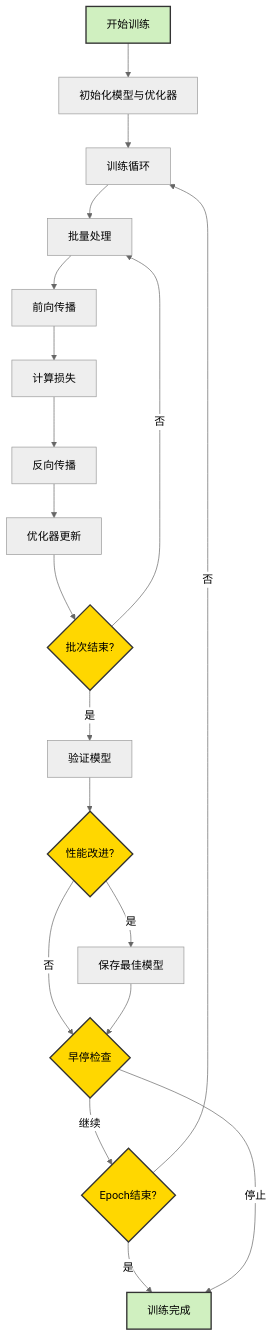
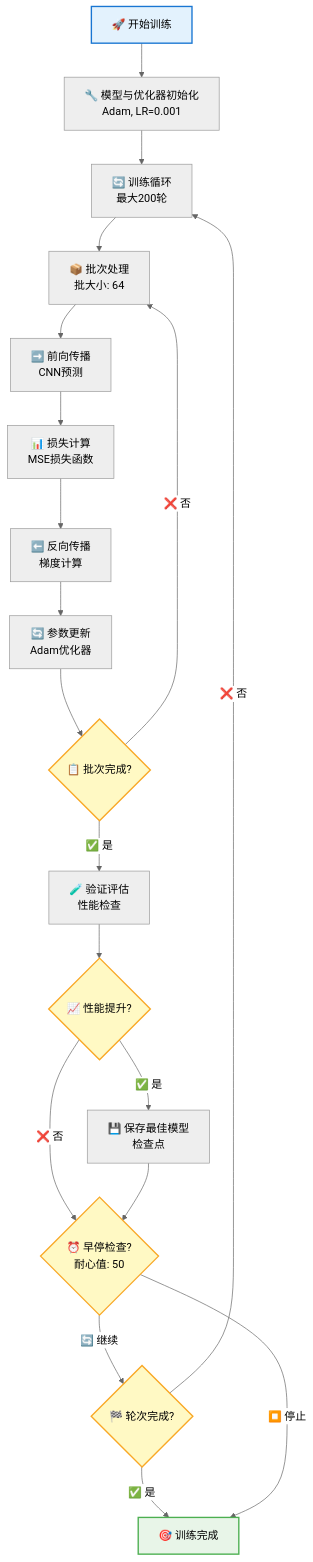
Before and after one commit to le876/week1-CNN: the fourth of 8 diagrams in 项目流程图.md, drawn with Mermaid (neutral theme). The commit also changed other lines of this file and 25 other files, not shown here.

````diff
--- a/项目流程图.md
+++ b/项目流程图.md
@@ -91,28 +105,28 @@
 ```mermaid
 flowchart TD
-    A[开始训练] --> B[初始化模型与优化器]
-    B --> C[训练循环]
-    C --> D[批量处理]
-    D --> E[前向传播]
-    E --> F[计算损失]
-    F --> G[反向传播]
-    G --> H[优化器更新]
-    H --> I{批次结束?}
-    I -->|否| D
-    I -->|是| J[验证模型]
-    J --> K{性能改进?}
-    K -->|是| L[保存最佳模型]
-    K -->|否| M{早停检查}
+    A[🚀 开始训练] --> B[🔧 模型与优化器初始化<br/>Adam, LR=0.001]
+    B --> C[🔄 训练循环<br/>最大200轮]
+    C --> D[📦 批次处理<br/>批大小: 64]
+    D --> E[➡️ 前向传播<br/>CNN预测]
+    E --> F[📊 损失计算<br/>MSE损失函数]
+    F --> G[⬅️ 反向传播<br/>梯度计算]
+    G --> H[🔄 参数更新<br/>Adam优化器]
+    H --> I{📋 批次完成?}
+    I -->|❌ 否| D
+    I -->|✅ 是| J[🧪 验证评估<br/>性能检查]
+    J --> K{📈 性能提升?}
+    K -->|✅ 是| L[💾 保存最佳模型<br/>检查点]
+    K -->|❌ 否| M{⏰ 早停检查?<br/>耐心值: 50}
     L --> M
-    M -->|继续| N{Epoch结束?}
-    N -->|否| C
-    N -->|是| O[训练完成]
-    M -->|停止| O
-    
-    style A fill:#d0f0c0,stroke:#333,stroke-width:2px
-    style I fill:#ffd700,stroke:#333,stroke-width:2px
-    style K fill:#ffd700,stroke:#333,stroke-width:2px
-    style M fill:#ffd700,stroke:#333,stroke-width:2px
-    style N fill:#ffd700,stroke:#333,stroke-width:2px
-    style O fill:#d0f0c0,stroke:#333,stroke-width:2px
+    M -->|🔄 继续| N{🏁 轮次完成?}
+    N -->|❌ 否| C
+    N -->|✅ 是| O[🎯 训练完成]
+    M -->|⏹️ 停止| O
+
+    style A fill:#e3f2fd,stroke:#1976d2,stroke-width:2px
+    style I fill:#fff9c4,stroke:#f9a825,stroke-width:2px
+    style K fill:#fff9c4,stroke:#f9a825,stroke-width:2px
+    style M fill:#fff9c4,stroke:#f9a825,stroke-width:2px
+    style N fill:#fff9c4,stroke:#f9a825,stroke-width:2px
+    style O fill:#e8f5e8,stroke:#4caf50,stroke-width:2px
 ```
````
